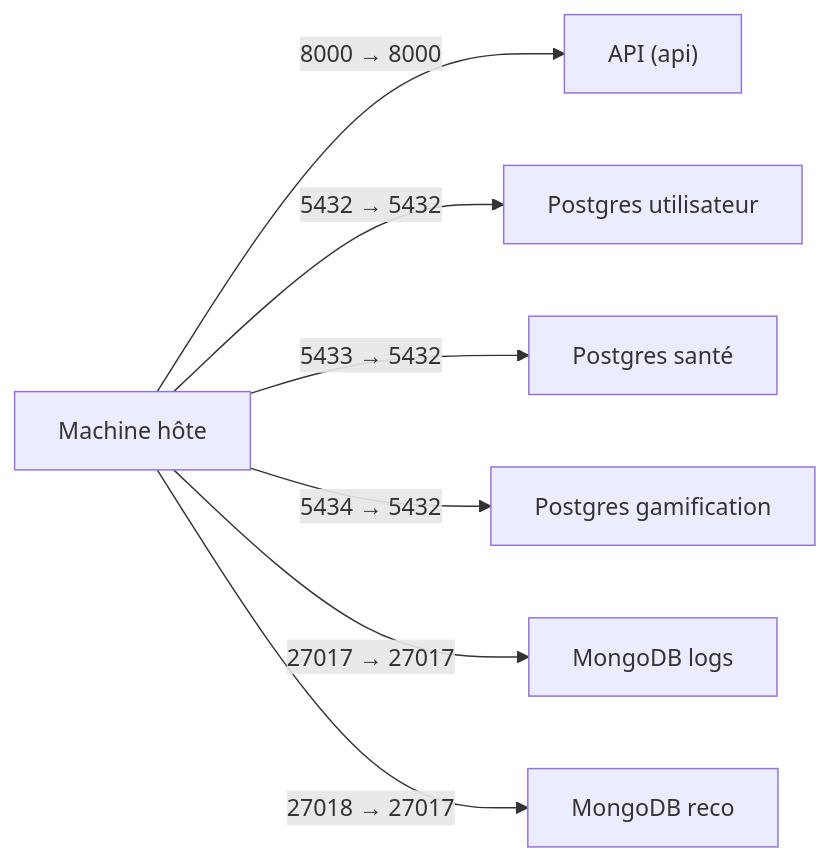
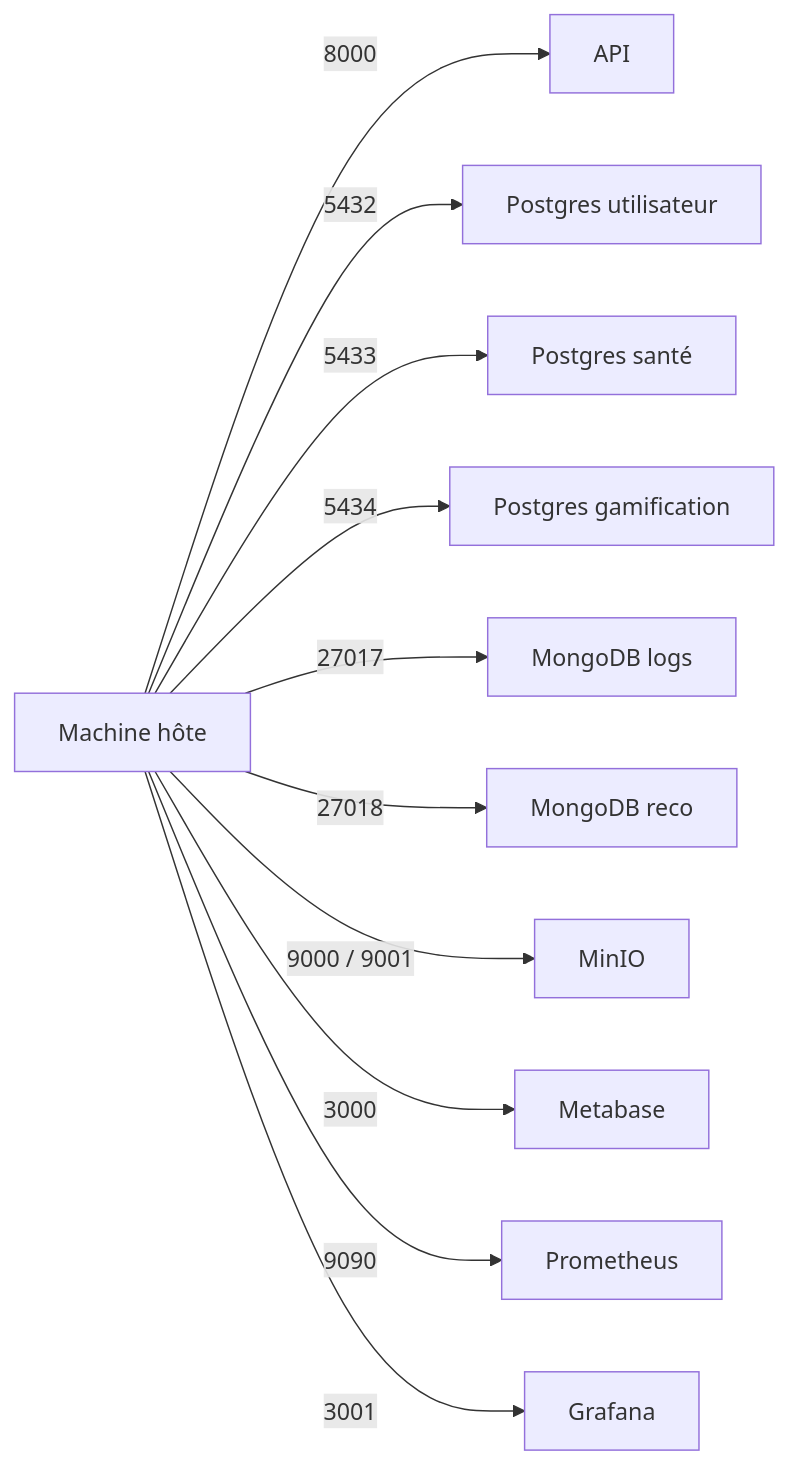
Before and after one commit to Gwendal-Ferlin/MSPR502_BDD_Python: the first of 8 diagrams in README.md, drawn with Mermaid. The commit also changed other lines of this file, not shown here.

````diff
--- a/README.md
+++ b/README.md
@@ -58,9 +97,14 @@
 ```mermaid
 flowchart LR
-  Host["Machine hôte"] -->|8000 → 8000| API["API (api)"]
-  Host -->|5432 → 5432| PGU["Postgres utilisateur"]
-  Host -->|5433 → 5432| PGS["Postgres santé"]
-  Host -->|5434 → 5432| PGG["Postgres gamification"]
-  Host -->|27017 → 27017| MLogs["MongoDB logs"]
-  Host -->|27018 → 27017| MReco["MongoDB reco"]
+  Host["Machine hôte"]
+  Host -->|8000| API["API"]
+  Host -->|5432| PGU["Postgres utilisateur"]
+  Host -->|5433| PGS["Postgres santé"]
+  Host -->|5434| PGG["Postgres gamification"]
+  Host -->|27017| MLogs["MongoDB logs"]
+  Host -->|27018| MReco["MongoDB reco"]
+  Host -->|9000 / 9001| MinIO["MinIO"]
+  Host -->|3000| MB["Metabase"]
+  Host -->|9090| Prom["Prometheus"]
+  Host -->|3001| Graf["Grafana"]
 ```
````
